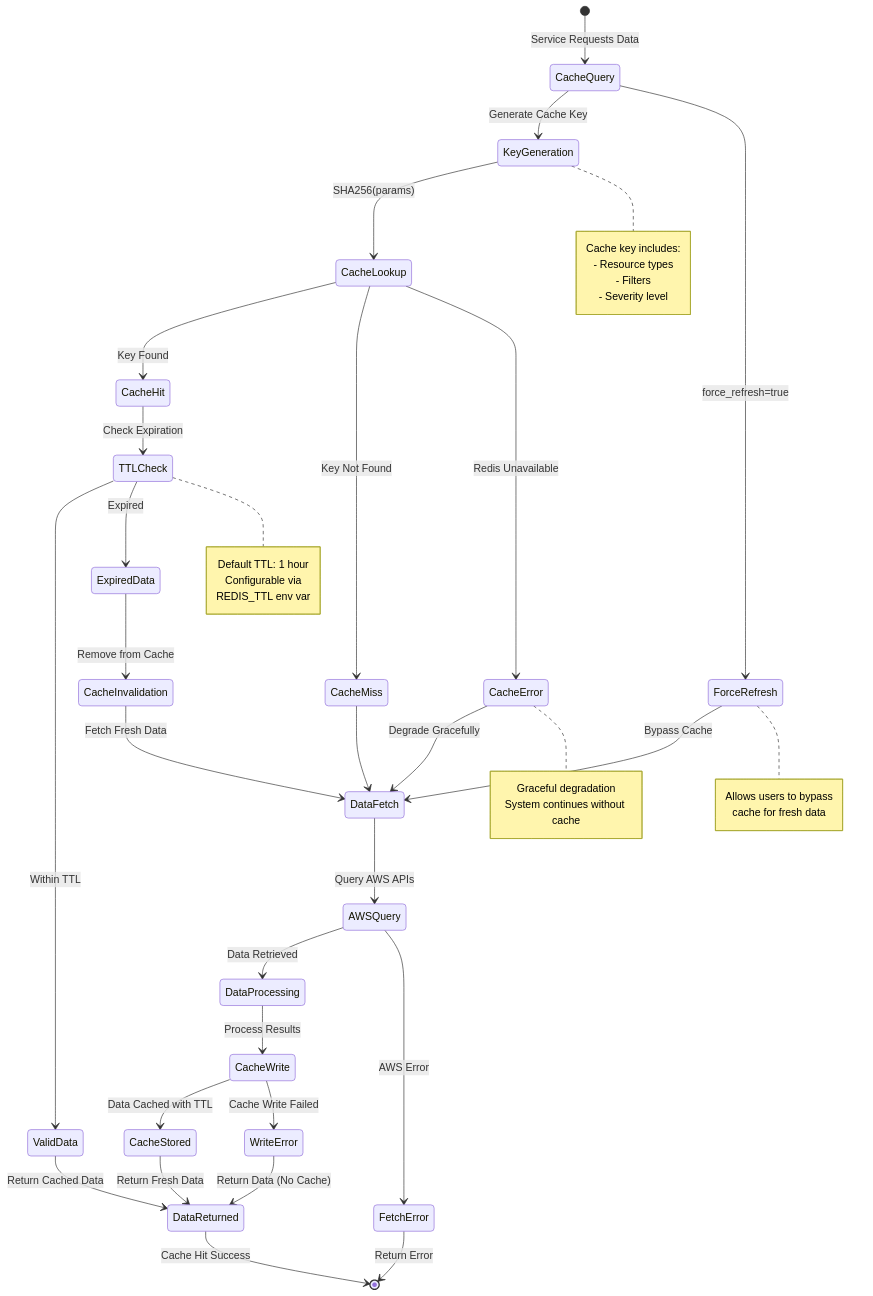
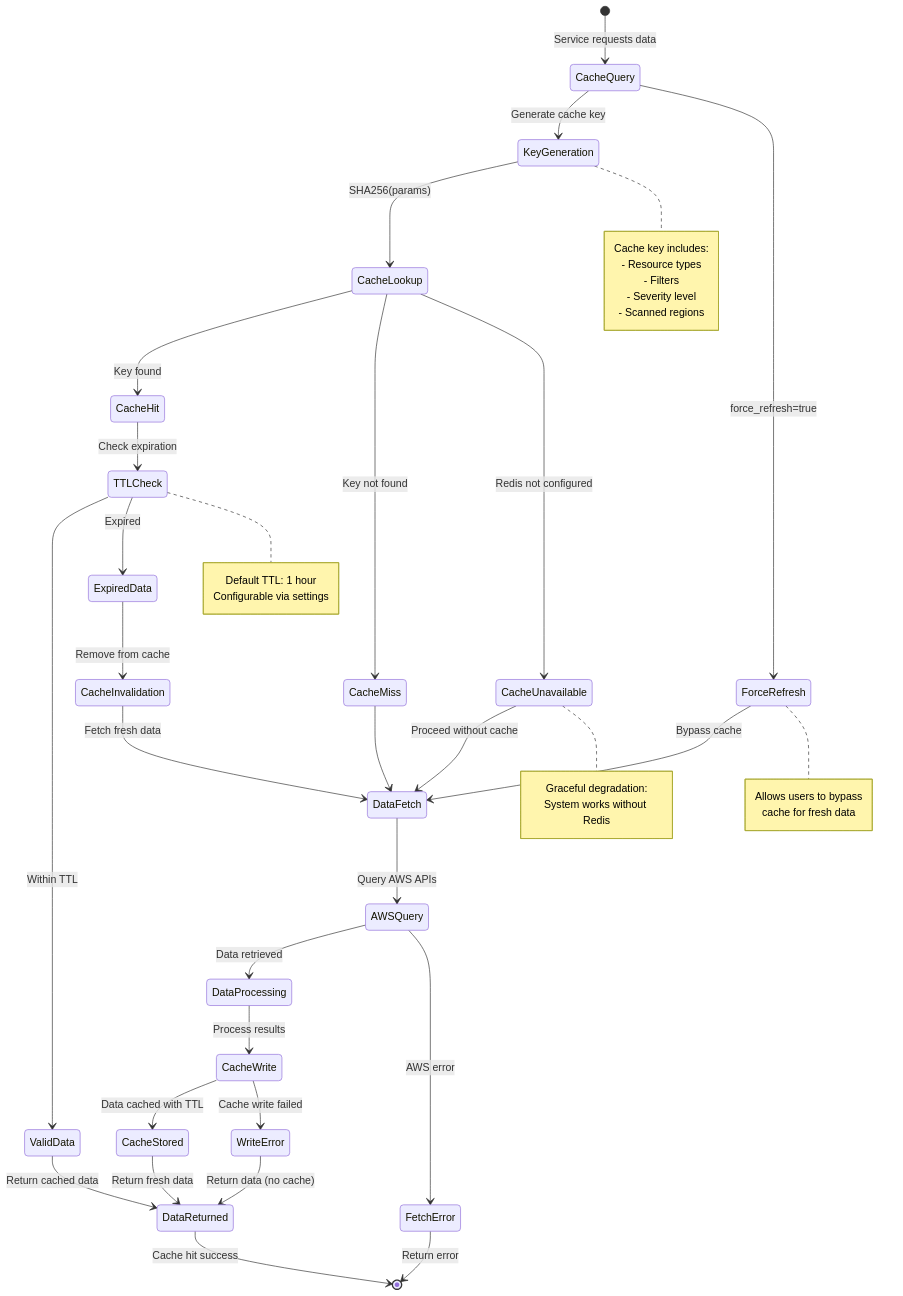
The third of 4 diagrams in docs/diagrams/02-state-machine-diagrams.md (OptimNow/finops-tag-compliance-mcp), drawn with Mermaid before and after one commit. The commit also changed other lines of this file and 6 other files, not shown here.

First line of the commit message:
docs: rewrite diagrams for stdio architecture, delete HTTP-only docs

````diff
--- a/docs/diagrams/02-state-machine-diagrams.md
+++ b/docs/diagrams/02-state-machine-diagrams.md
@@ -206,69 +198,69 @@
 ```mermaid
 stateDiagram-v2
-    [*] --> CacheQuery: Service Requests Data
+    [*] --> CacheQuery: Service requests data
 
-    CacheQuery --> KeyGeneration: Generate Cache Key
+    CacheQuery --> KeyGeneration: Generate cache key
 
     KeyGeneration --> CacheLookup: SHA256(params)
 
-    CacheLookup --> CacheHit: Key Found
-    CacheLookup --> CacheMiss: Key Not Found
-    CacheLookup --> CacheError: Redis Unavailable
+    CacheLookup --> CacheHit: Key found
+    CacheLookup --> CacheMiss: Key not found
+    CacheLookup --> CacheUnavailable: Redis not configured
 
-    CacheHit --> TTLCheck: Check Expiration
+    CacheHit --> TTLCheck: Check expiration
 
     TTLCheck --> ValidData: Within TTL
     TTLCheck --> ExpiredData: Expired
 
-    ValidData --> DataReturned: Return Cached Data
-    DataReturned --> [*]: Cache Hit Success
+    ValidData --> DataReturned: Return cached data
+    DataReturned --> [*]: Cache hit success
 
-    ExpiredData --> CacheInvalidation: Remove from Cache
-    CacheInvalidation --> DataFetch: Fetch Fresh Data
+    ExpiredData --> CacheInvalidation: Remove from cache
+    CacheInvalidation --> DataFetch: Fetch fresh data
 
     CacheMiss --> DataFetch
-    CacheError --> DataFetch: Degrade Gracefully
+    CacheUnavailable --> DataFetch: Proceed without cache
 
     DataFetch --> AWSQuery: Query AWS APIs
 
-    AWSQuery --> DataProcessing: Data Retrieved
-    AWSQuery --> FetchError: AWS Error
+    AWSQuery --> DataProcessing: Data retrieved
+    AWSQuery --> FetchError: AWS error
 
-    DataProcessing --> CacheWrite: Process Results
+    DataProcessing --> CacheWrite: Process results
 
-    CacheWrite --> CacheStored: Data Cached with TTL
-    CacheWrite --> WriteError: Cache Write Failed
+    CacheWrite --> CacheStored: Data cached with TTL
+    CacheWrite --> WriteError: Cache write failed
 
-    CacheStored --> DataReturned: Return Fresh Data
-    WriteError --> DataReturned: Return Data (No Cache)
+    CacheStored --> DataReturned: Return fresh data
+    WriteError --> DataReturned: Return data (no cache)
 
-    FetchError --> [*]: Return Error
+    FetchError --> [*]: Return error
 
     %% Force Refresh Path
     CacheQuery --> ForceRefresh: force_refresh=true
-    ForceRefresh --> DataFetch: Bypass Cache
+    ForceRefresh --> DataFetch: Bypass cache
 
     %% State Notes
     note right of KeyGeneration
         Cache key includes:
         - Resource types
         - Filters
         - Severity level
+        - Scanned regions
     end note
 
     note right of TTLCheck
         Default TTL: 1 hour
-        Configurable via
-        REDIS_TTL env var
+        Configurable via settings
     end note
 
-    note right of CacheError
-        Graceful degradation
-        System continues without cache
+    note right of CacheUnavailable
+        Graceful degradation:
+        System works without Redis
     end note
 
     note right of ForceRefresh
         Allows users to bypass
         cache for fresh data
     end note
 ```
````
